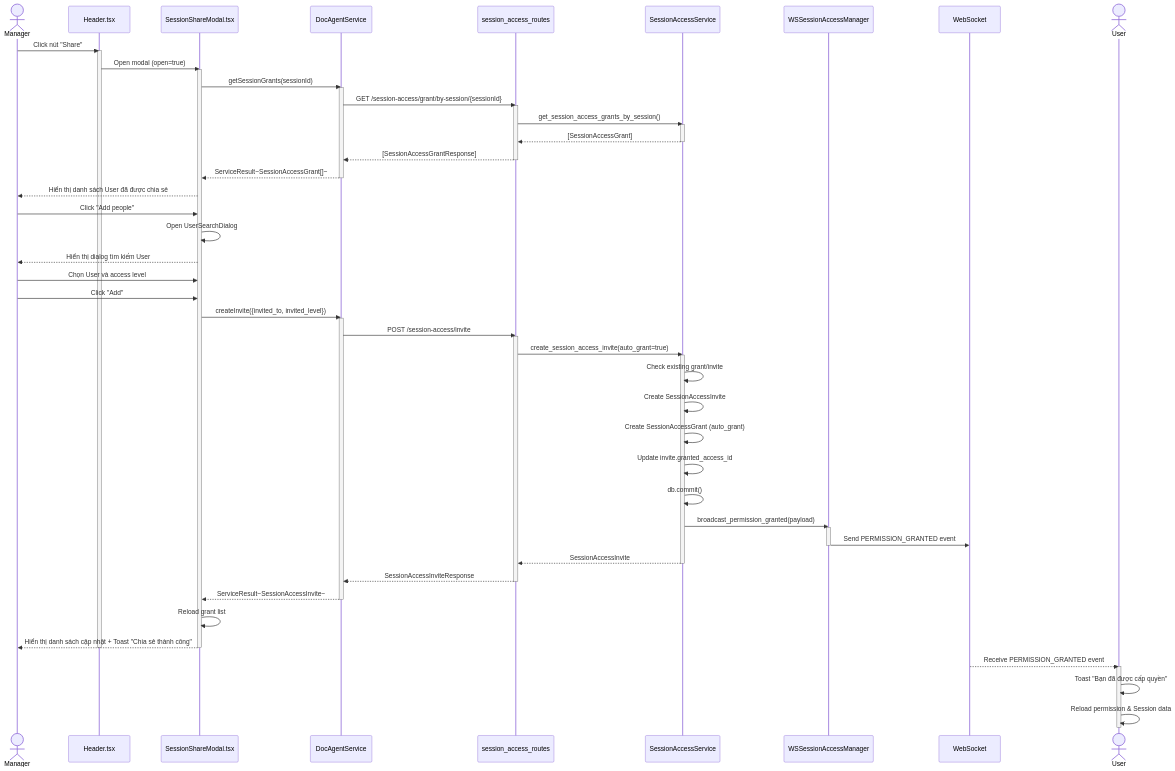
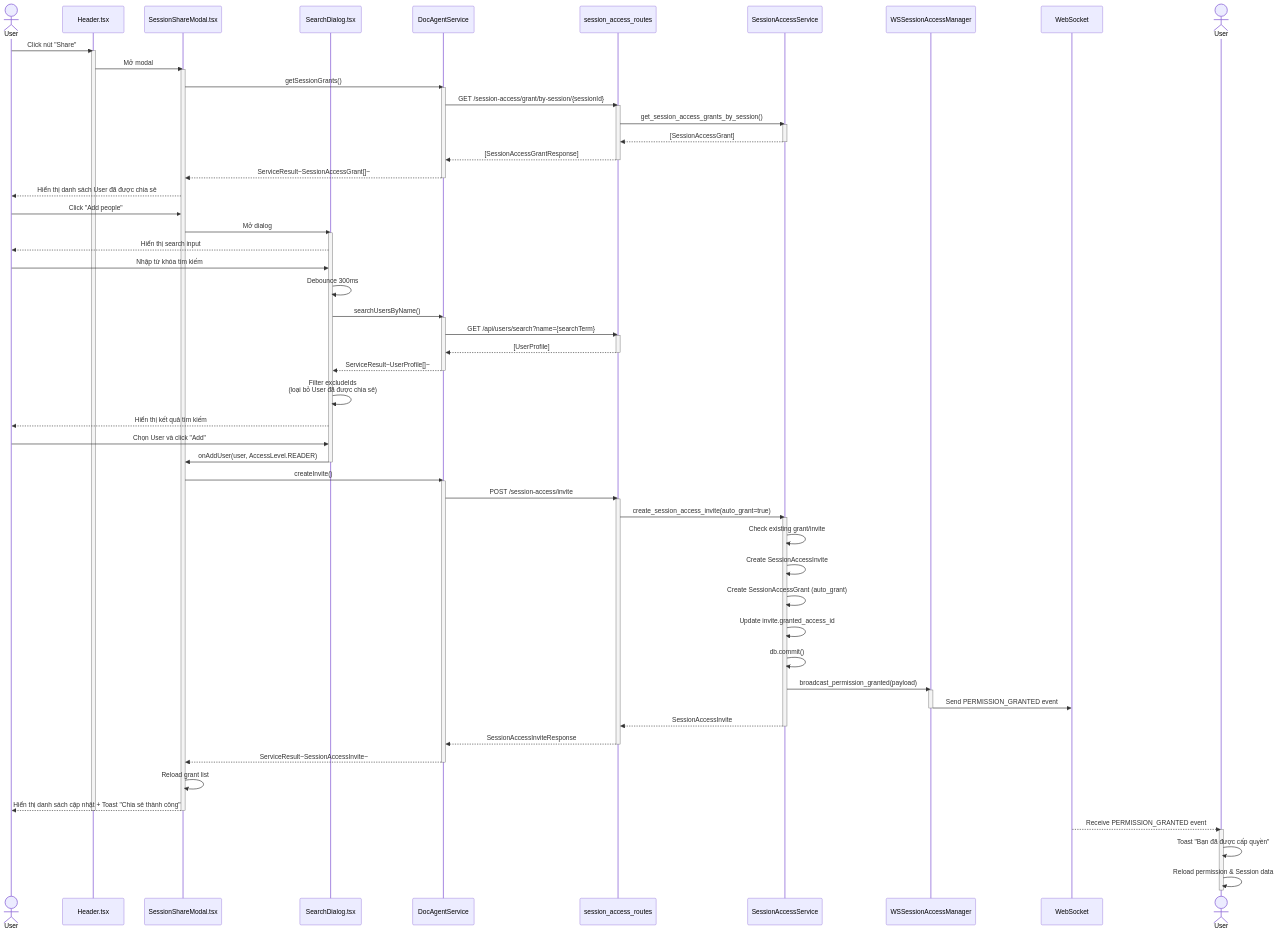
One commit to mduc-2610/gp_doc changed the first of 9 diagrams in session_access/4_session_access_seq.md. Above: the diagram before and after it, drawn with Mermaid. The commit also changed other lines of this file and 10 other files, not shown here.

Commit message:
update geneartion, session_access, document style to match

````diff
--- a/session_access/4_session_access_seq.md
+++ b/session_access/4_session_access_seq.md
@@ -5,21 +5,22 @@
 ```mermaid
 sequenceDiagram
-    actor Manager
+    actor User1 as User
     participant Header as Header.tsx
     participant ShareModal as SessionShareModal.tsx
+    participant SearchDialog as SearchDialog.tsx
     participant DocAgentService as DocAgentService
     participant SessionAccessRoutes as session_access_routes
     participant SessionAccessService as SessionAccessService
     participant WSManager as WSSessionAccessManager
     participant WebSocket as WebSocket
-    actor User
+    actor User2 as User
 
-    Manager->>Header: Click nút "Share"
+    User1->>Header: Click nút "Share"
     activate Header
-    Header->>ShareModal: Open modal (open=true)
+    Header->>ShareModal: Mở modal
     activate ShareModal
     
-    ShareModal->>DocAgentService: getSessionGrants(sessionId)
+    ShareModal->>DocAgentService: getSessionGrants()
     activate DocAgentService
     DocAgentService->>SessionAccessRoutes: GET /session-access/grant/by-session/{sessionId}
     activate SessionAccessRoutes
@@ -32,16 +33,35 @@
     DocAgentService-->>ShareModal: ServiceResult~SessionAccessGrant[]~
     deactivate DocAgentService
     
-    ShareModal-->>Manager: Hiển thị danh sách User đã được chia sẻ
+    ShareModal-->>User1: Hiển thị danh sách User đã được chia sẻ
     
-    Manager->>ShareModal: Click "Add people"
-    ShareModal->>ShareModal: Open UserSearchDialog
-    ShareModal-->>Manager: Hiển thị dialog tìm kiếm User
+    User1->>ShareModal: Click "Add people"
     
-    Manager->>ShareModal: Chọn User và access level
-    Manager->>ShareModal: Click "Add"
+    ShareModal->>SearchDialog: Mở dialog
+    activate SearchDialog
     
-    ShareModal->>DocAgentService: createInvite({invited_to, invited_level})
+    SearchDialog-->>User1: Hiển thị search input
+    
+    User1->>SearchDialog: Nhập từ khóa tìm kiếm
+    SearchDialog->>SearchDialog: Debounce 300ms
+    SearchDialog->>DocAgentService: searchUsersByName()
+    activate DocAgentService
+    DocAgentService->>SessionAccessRoutes: GET /api/users/search?name={searchTerm}
+    activate SessionAccessRoutes
+    SessionAccessRoutes-->>DocAgentService: [UserProfile]
+    deactivate SessionAccessRoutes
+    DocAgentService-->>SearchDialog: ServiceResult~UserProfile[]~
+    deactivate DocAgentService
+    
+    SearchDialog->>SearchDialog: Filter excludeIds<br/>(loại bỏ User đã được chia sẻ)
+    SearchDialog-->>User1: Hiển thị kết quả tìm kiếm
+    
+    User1->>SearchDialog: Chọn User và click "Add"
+    
+    SearchDialog->>ShareModal: onAddUser(user, AccessLevel.READER)
+    deactivate SearchDialog
+    
+    ShareModal->>DocAgentService: createInvite()
     activate DocAgentService
     DocAgentService->>SessionAccessRoutes: POST /session-access/invite
     activate SessionAccessRoutes
@@ -67,13 +87,13 @@
     deactivate DocAgentService
     
     ShareModal->>ShareModal: Reload grant list
-    ShareModal-->>Manager: Hiển thị danh sách cập nhật + Toast "Chia sẻ thành công"
+    ShareModal-->>User1: Hiển thị danh sách cập nhật + Toast "Chia sẻ thành công"
     deactivate ShareModal
     deactivate Header
     
-    WebSocket-->>User: Receive PERMISSION_GRANTED event
-    activate User
-    User->>User: Toast "Bạn đã được cấp quyền"
-    User->>User: Reload permission & Session data
-    deactivate User
+    WebSocket-->>User2: Receive PERMISSION_GRANTED event
+    activate User2
+    User2->>User2: Toast "Bạn đã được cấp quyền"
+    User2->>User2: Reload permission & Session data
+    deactivate User2
 ```
````
